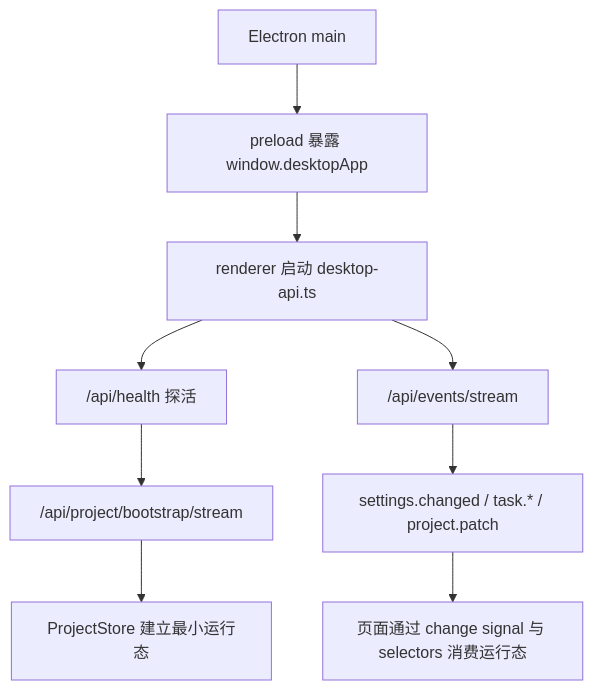
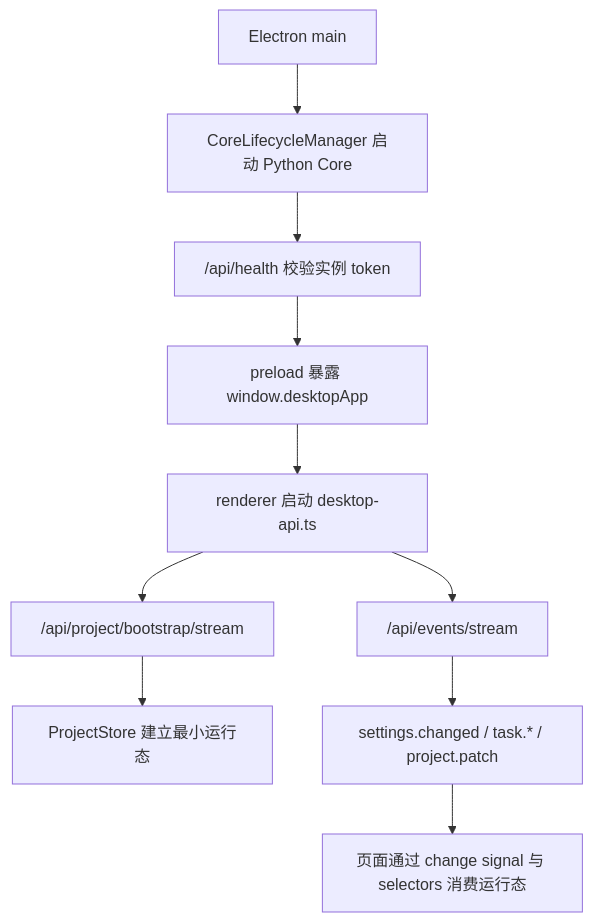
The second of 3 diagrams in docs/ARCHITECTURE.md (neavo/LinguaGacha), drawn with Mermaid before and after one commit. The commit also changed other lines of this file and 37 other files, not shown here.

````diff
--- a/docs/ARCHITECTURE.md
+++ b/docs/ARCHITECTURE.md
@@ -49,11 +49,12 @@
 ```mermaid
 flowchart TD
-    A["Electron main"] --> B["preload 暴露 window.desktopApp"]
-    B --> C["renderer 启动 desktop-api.ts"]
-    C --> D["/api/health 探活"]
-    D --> E["/api/project/bootstrap/stream"]
-    E --> F["ProjectStore 建立最小运行态"]
-    C --> G["/api/events/stream"]
-    G --> H["settings.changed / task.* / project.patch"]
-    H --> I["页面通过 change signal 与 selectors 消费运行态"]
+    A["Electron main"] --> B["CoreLifecycleManager 启动 Python Core"]
+    B --> C["/api/health 校验实例 token"]
+    C --> D["preload 暴露 window.desktopApp"]
+    D --> E["renderer 启动 desktop-api.ts"]
+    E --> F["/api/project/bootstrap/stream"]
+    F --> G["ProjectStore 建立最小运行态"]
+    E --> H["/api/events/stream"]
+    H --> I["settings.changed / task.* / project.patch"]
+    I --> J["页面通过 change signal 与 selectors 消费运行态"]
 ```
````
